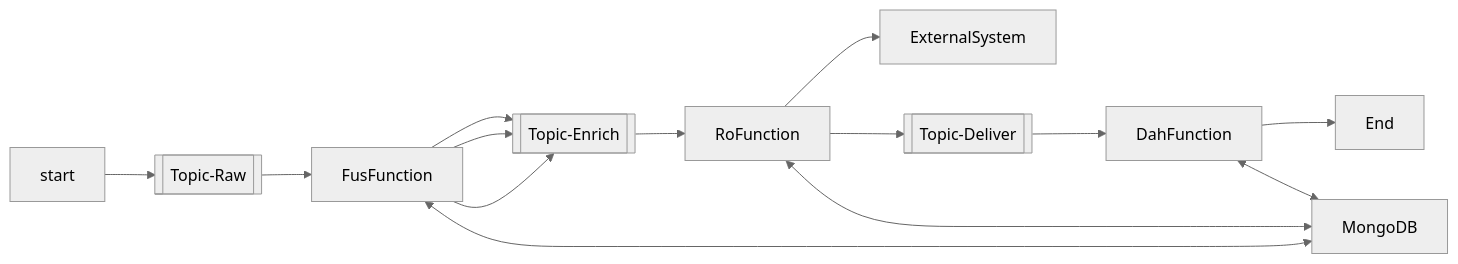
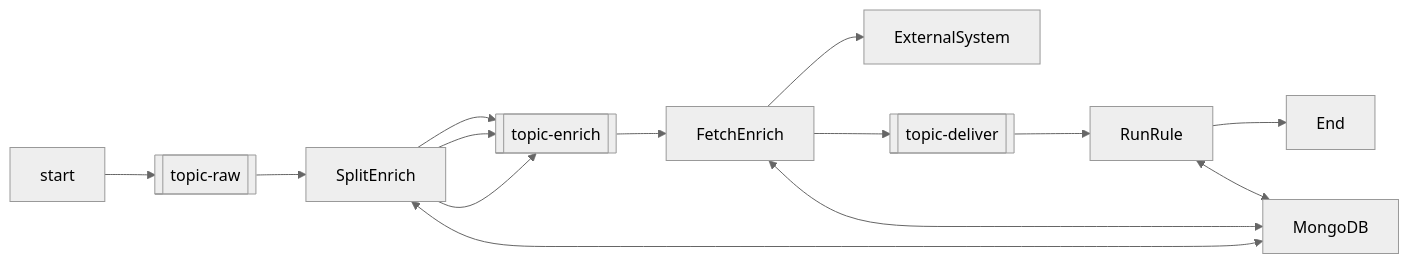
Before and after one commit to thymeC/spring-cloud-stream-example: the diagram in README.md, drawn with Mermaid (neutral theme).

````diff
--- a/README.md
+++ b/README.md
@@ -3,16 +3,16 @@
 ```mermaid
 flowchart LR
-    start --> tr[[Topic-Raw]]
-    tr --> FusFunction
-    FusFunction --> t1[[Topic-Enrich]]
-    FusFunction --> t1
-    FusFunction --> t1
-    t1 --> RoFunction
-    RoFunction --> ExternalSystem
-    RoFunction --> t2[[Topic-Deliver]]
-    t2 --> DahFunction
-    FusFunction <--> MongoDB
-    RoFunction <--> MongoDB
-    DahFunction <--> MongoDB
-    DahFunction --> End
+    start --> tr[[topic-raw]]
+    tr --> SplitEnrich
+    SplitEnrich --> te[[topic-enrich]]
+    SplitEnrich --> te
+    SplitEnrich --> te
+    te --> FetchEnrich
+    FetchEnrich --> ExternalSystem
+    FetchEnrich --> t2[[topic-deliver]]
+    t2 --> RunRule
+    SplitEnrich <--> MongoDB
+    FetchEnrich <--> MongoDB
+    RunRule <--> MongoDB
+    RunRule --> End
 ```
````
